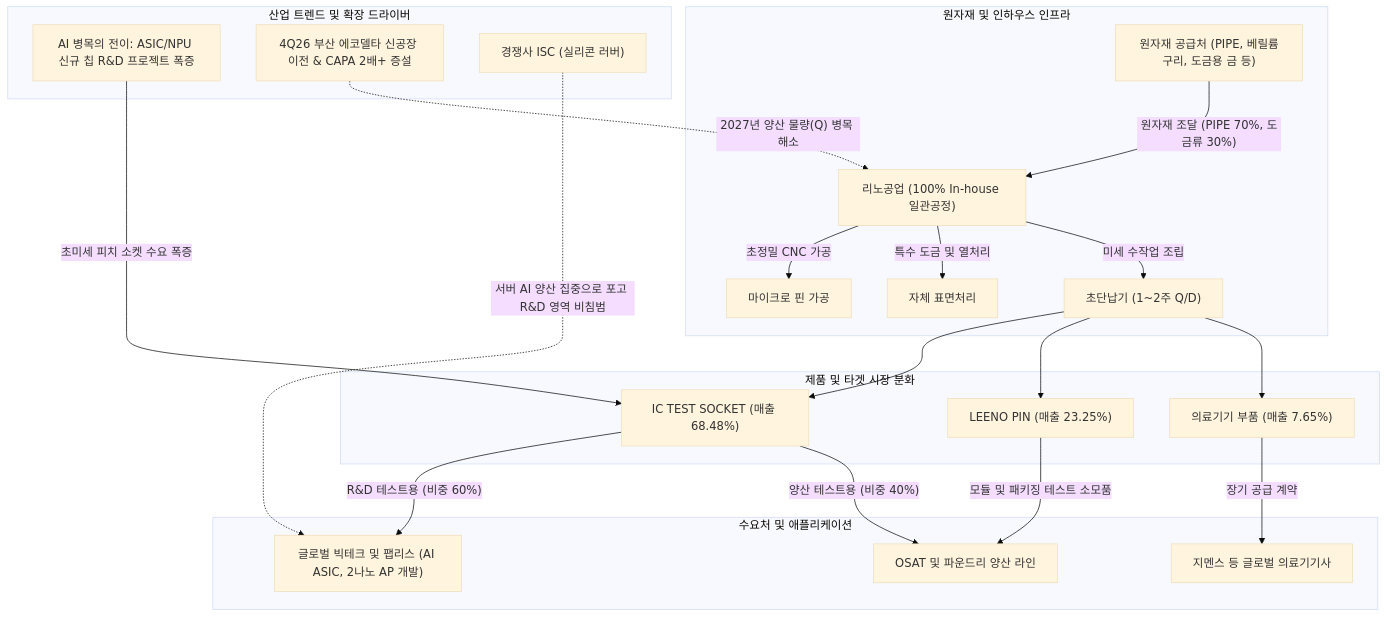
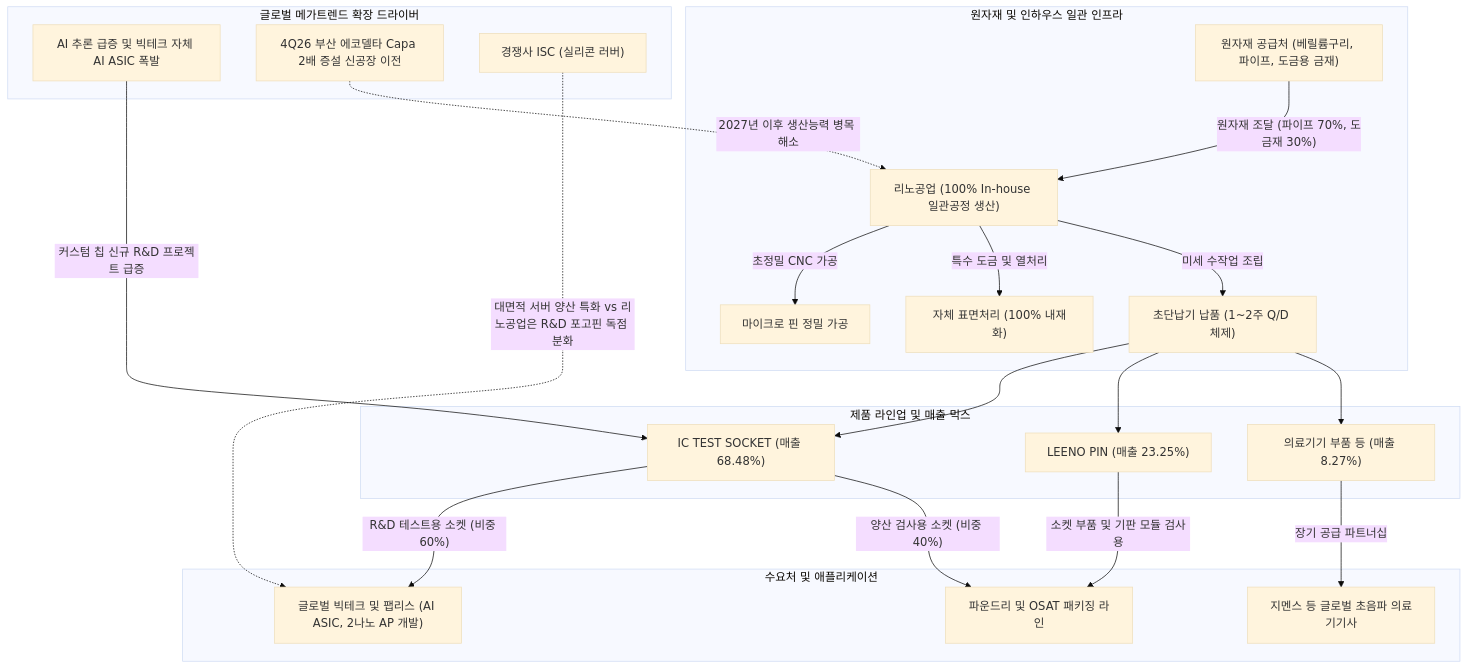
One commit to eve830521-cmd/my-skill changed the diagram in Stock_Research/리노공업/3_Final_Reports/Phase1_Report.md. Above: the diagram before and after it, drawn with Mermaid (base theme). The commit also changed other lines of this file and 21 other files, not shown here.

````diff
--- a/Stock_Research/리노공업/3_Final_Reports/Phase1_Report.md
+++ b/Stock_Research/리노공업/3_Final_Reports/Phase1_Report.md
@@ -27,28 +27,28 @@
 ```mermaid
 flowchart TD
-    subgraph 원자재 및 인하우스 인프라
-        A["원자재 공급처 (PIPE, 베릴륨구리, 도금용 금 등)"] -->|"원자재 조달 (PIPE 70%, 도금류 30%)"| B["리노공업 (100% In-house 일관공정)"]
-        B -->|"초정밀 CNC 가공"| B1["마이크로 핀 가공"]
-        B -->|"특수 도금 및 열처리"| B2["자체 표면처리"]
-        B -->|"미세 수작업 조립"| B3["초단납기 (1~2주 Q/D)"]
+    subgraph 원자재 및 인하우스 일관 인프라
+        A["원자재 공급처 (베릴륨구리, 파이프, 도금용 금재)"] -->|"원자재 조달 (파이프 70%, 도금재 30%)"| B["리노공업 (100% In-house 일관공정 생산)"]
+        B -->|"초정밀 CNC 가공"| B1["마이크로 핀 정밀 가공"]
+        B -->|"특수 도금 및 열처리"| B2["자체 표면처리 (100% 내재화)"]
+        B -->|"미세 수작업 조립"| B3["초단납기 납품 (1~2주 Q/D 체제)"]
     end
 
-    subgraph 제품 및 타겟 시장 분화
+    subgraph 제품 라인업 및 매출 믹스
         B3 --> C1["IC TEST SOCKET (매출 68.48%)"]
         B3 --> C2["LEENO PIN (매출 23.25%)"]
-        B3 --> C3["의료기기 부품 (매출 7.65%)"]
+        B3 --> C3["의료기기 부품 등 (매출 8.27%)"]
     end
 
     subgraph 수요처 및 애플리케이션
-        C1 -->|"R&D 테스트용 (비중 60%)"| D1["글로벌 빅테크 및 팹리스 (AI ASIC, 2나노 AP 개발)"]
-        C1 -->|"양산 테스트용 (비중 40%)"| D2["OSAT 및 파운드리 양산 라인"]
-        C2 -->|"모듈 및 패키징 테스트 소모품"| D2
-        C3 -->|"장기 공급 계약"| D3["지멘스 등 글로벌 의료기기사"]
+        C1 -->|"R&D 테스트용 소켓 (비중 60%)"| D1["글로벌 빅테크 및 팹리스 (AI ASIC, 2나노 AP 개발)"]
+        C1 -->|"양산 검사용 소켓 (비중 40%)"| D2["파운드리 및 OSAT 패키징 라인"]
+        C2 -->|"소켓 부품 및 기판 모듈 검사용"| D2
+        C3 -->|"장기 공급 파트너십"| D3["지멘스 등 글로벌 초음파 의료기기사"]
     end
 
-    subgraph 산업 트렌드 및 확장 드라이버
-        E1["AI 병목의 전이: ASIC/NPU 신규 칩 R&D 프로젝트 폭증"] -->|"초미세 피치 소켓 수요 폭증"| C1
-        E2["4Q26 부산 에코델타 신공장 이전 & CAPA 2배+ 증설"] -. "2027년 양산 물량(Q) 병목 해소" .-> B
-        E3["경쟁사 ISC (실리콘 러버)"] -. "서버 AI 양산 집중으로 포고 R&D 영역 비침범" .-> D1
+    subgraph 글로벌 메가트렌드 확장 드라이버
+        E1["AI 추론 급증 및 빅테크 자체 AI ASIC 폭발"] -->|"커스텀 칩 신규 R&D 프로젝트 급증"| C1
+        E2["4Q26 부산 에코델타 Capa 2배 증설 신공장 이전"] -. "2027년 이후 생산능력 병목 해소" .-> B
+        E3["경쟁사 ISC (실리콘 러버)"] -. "대면적 서버 양산 특화 vs 리노공업은 R&D 포고핀 독점 분화" .-> D1
     end
 ```
````
